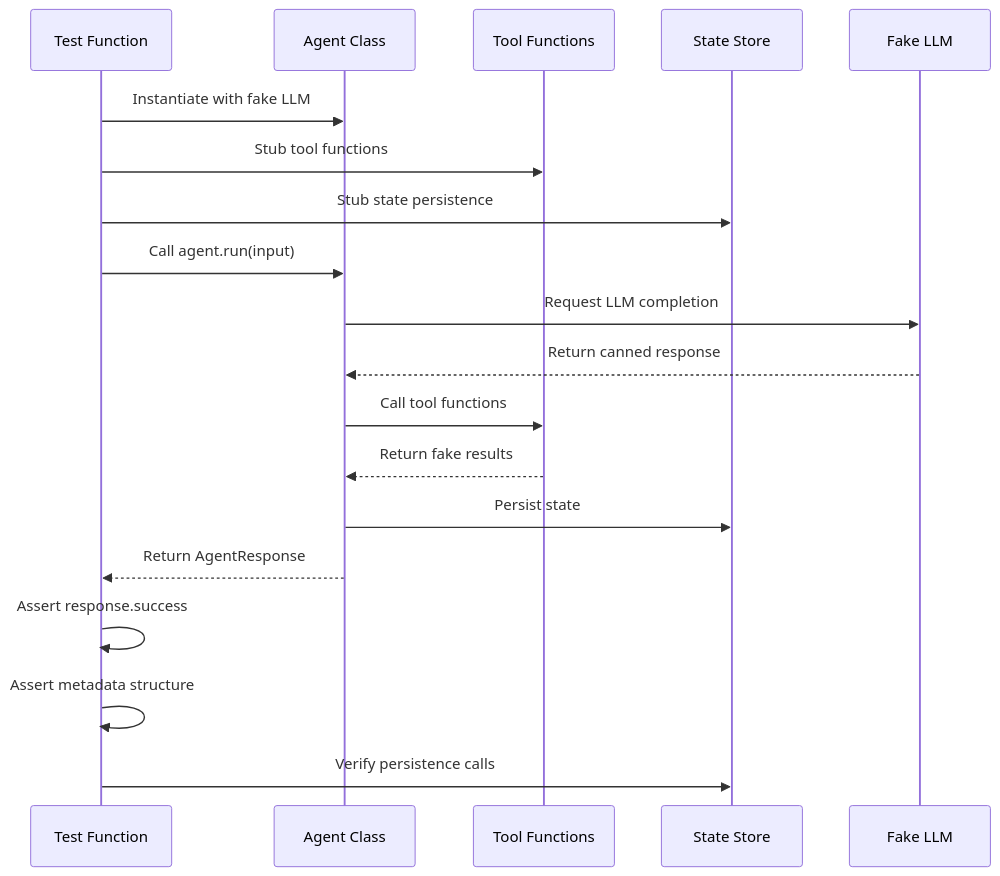
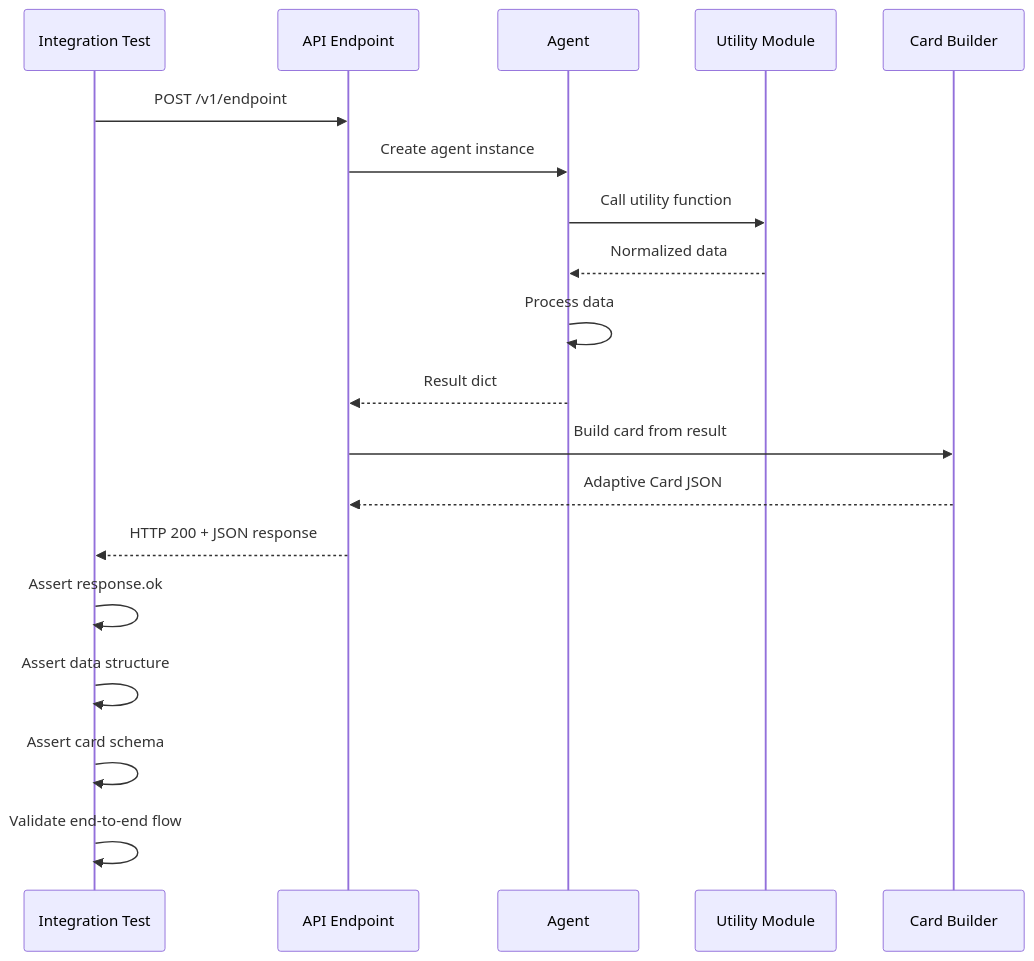
Before and after one commit to jmac-cornelis/agent-workforce: the fourth of 4 diagrams in docs/tests.md, drawn with Mermaid. The commit also changed other lines of this file and 7 other files, not shown here.

````diff
--- a/docs/tests.md
+++ b/docs/tests.md
@@ -111,22 +160,26 @@
 ```mermaid
 sequenceDiagram
-    participant Test as Test Function
-    participant Agent as Agent Class
-    participant Tools as Tool Functions
-    participant Store as State Store
-    participant Fake as Fake LLM
+    participant Test as Integration Test
+    participant API as API Endpoint
+    participant Agent as Agent
+    participant Utils as Utility Module
+    participant Card as Card Builder
     
-    Test->>Agent: Instantiate with fake LLM
-    Test->>Tools: Stub tool functions
-    Test->>Store: Stub state persistence
-    Test->>Agent: Call agent.run(input)
-    Agent->>Fake: Request LLM completion
-    Fake-->>Agent: Return canned response
-    Agent->>Tools: Call tool functions
-    Tools-->>Agent: Return fake results
-    Agent->>Store: Persist state
-    Agent-->>Test: Return AgentResponse
-    Test->>Test: Assert response.success
-    Test->>Test: Assert metadata structure
-    Test->>Store: Verify persistence calls
+    Test->>API: POST /v1/endpoint
+    API->>Agent: Create agent instance
+    Agent->>Utils: Call utility function
+    Utils-->>Agent: Normalized data
+    
+    Agent->>Agent: Process data
+    Agent-->>API: Result dict
+    
+    API->>Card: Build card from result
+    Card-->>API: Adaptive Card JSON
+    
+    API-->>Test: HTTP 200 + JSON response
+    
+    Test->>Test: Assert response.ok
+    Test->>Test: Assert data structure
+    Test->>Test: Assert card schema
+    Test->>Test: Validate end-to-end flow
 ```
````
